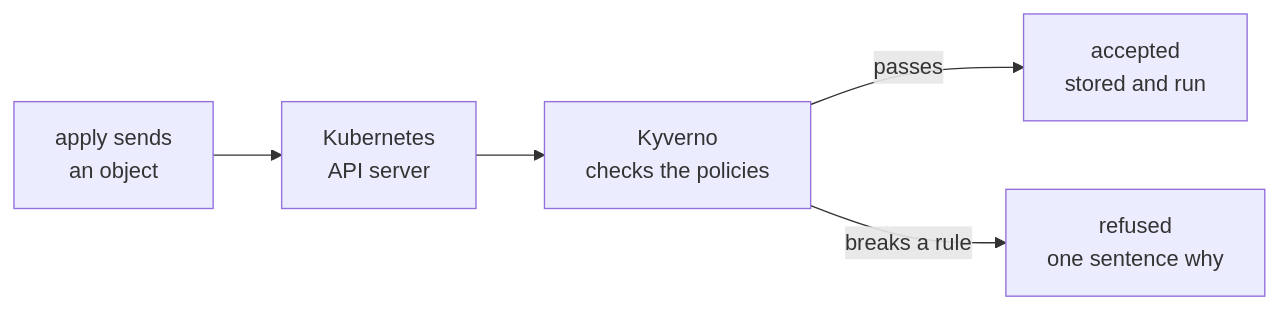
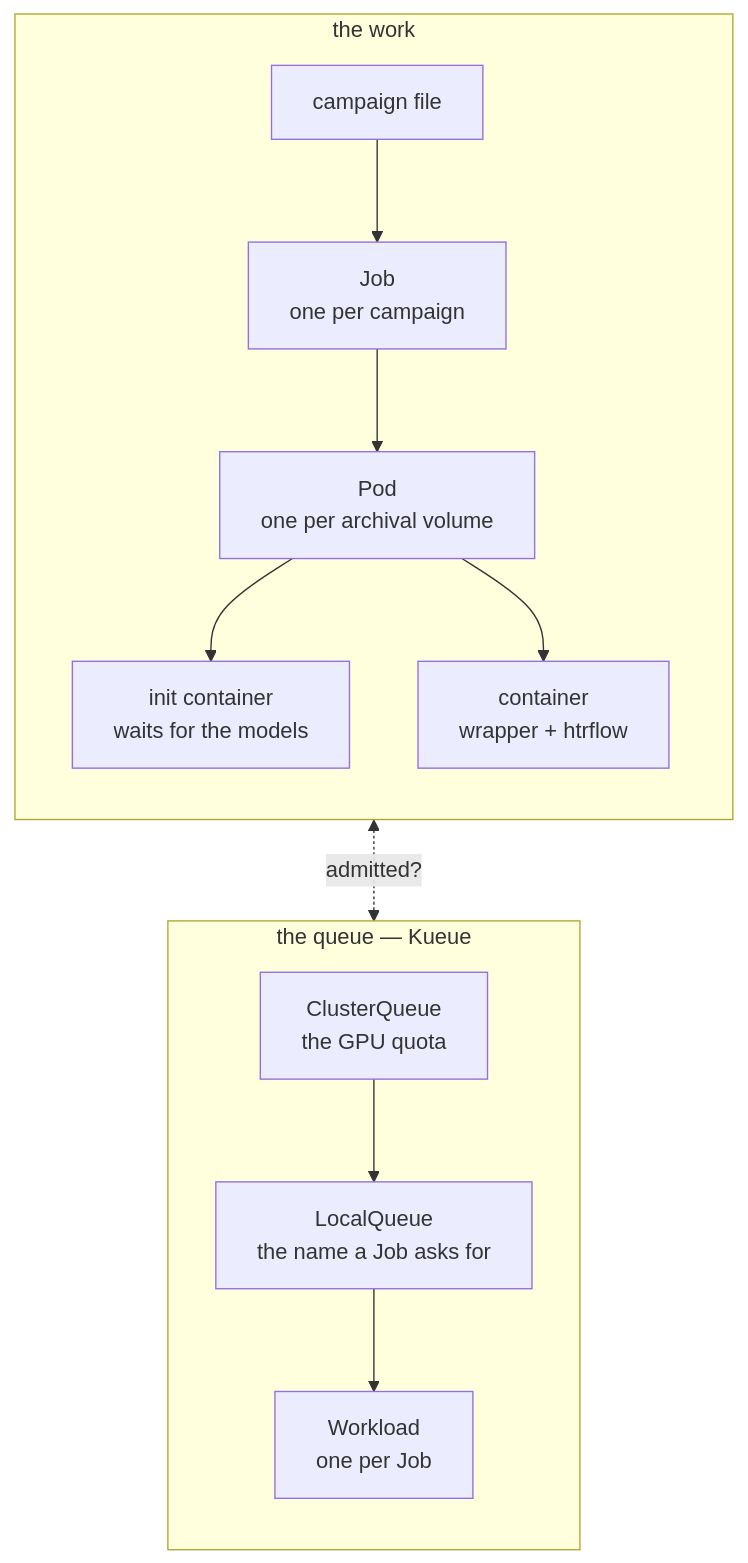
One commit to AI-Riksarkivet/htrflow-batch changed the diagram in docs/slides/assets/part-1-from-one-folder-to-the-archive-2.mmd. Above: the diagram before and after it, drawn with Mermaid. The commit also changed 10 other files, not shown here.

First line of the commit message:
docs(slides): introduce what is inside what before Kyverno and Kueue

```diff
--- a/docs/slides/assets/part-1-from-one-folder-to-the-archive-2.mmd
+++ b/docs/slides/assets/part-1-from-one-folder-to-the-archive-2.mmd
@@ -1,9 +1,14 @@
-flowchart LR
-  A["apply sends<br/>an object"]
-  API["Kubernetes<br/>API server"]
-  K["Kyverno<br/>checks the policies"]
-  OK["accepted<br/>stored and run"]
-  NO["refused<br/>one sentence why"]
-  A --> API --> K
-  K -->|"passes"| OK
-  K -->|"breaks a rule"| NO
+flowchart TB
+  subgraph WORK["the work"]
+    direction TB
+    CF["campaign file"] --> JOB["Job<br/>one per campaign"]
+    JOB --> POD["Pod<br/>one per archival volume"]
+    POD --> INIT["init container<br/>waits for the models"]
+    POD --> CON["container<br/>wrapper + htrflow"]
+  end
+  subgraph QUEUE["the queue — Kueue"]
+    direction TB
+    CQ["ClusterQueue<br/>the GPU quota"] --> LQ["LocalQueue<br/>the name a Job asks for"]
+    LQ --> WL["Workload<br/>one per Job"]
+  end
+  JOB <-. "admitted?" .-> WL
```
